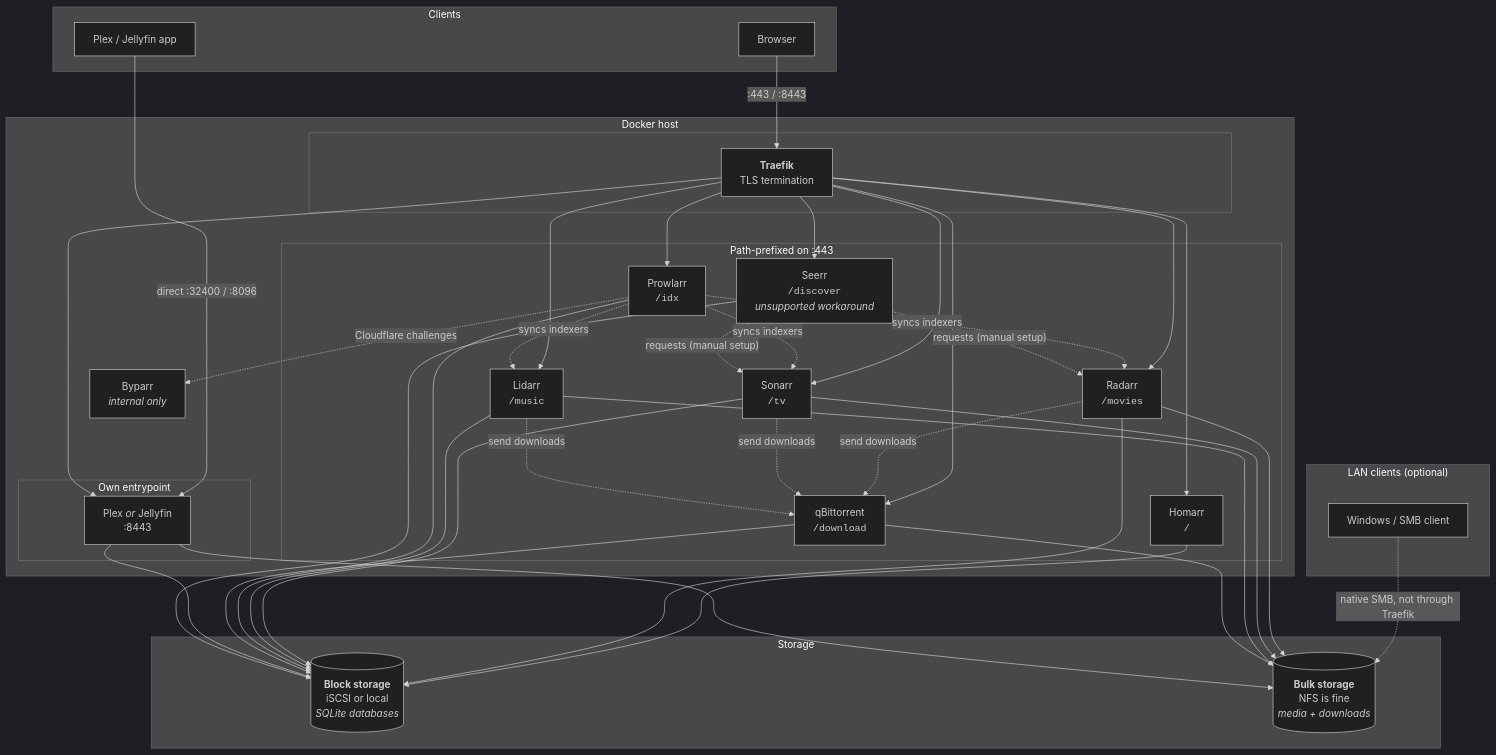
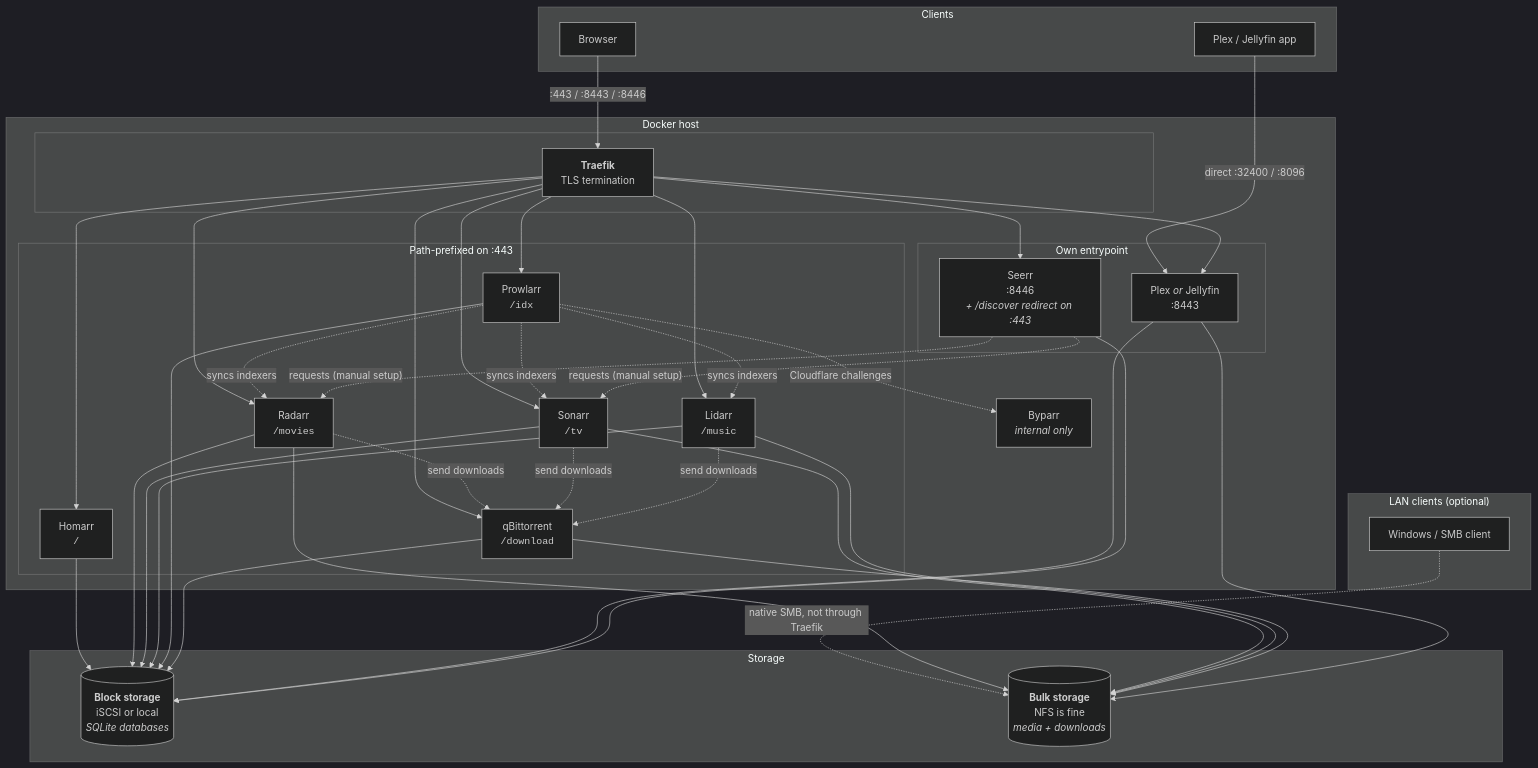
One commit to AndyProsser/media-suite changed the diagram in docs/architecture.md. Above: the diagram before and after it, drawn with Mermaid (dark theme). The commit also changed other lines of this file and 5 other files, not shown here.

Commit message:
Update Seerr configuration and routing to use dedicated entrypoint at :8446 with redirect from :443/discover

````diff
--- a/docs/architecture.md
+++ b/docs/architecture.md
@@ -7,53 +7,53 @@
 ```mermaid
 flowchart TB
     subgraph clients["Clients"]
         browser["Browser"]
         app["Plex / Jellyfin app"]
     end
 
     subgraph host["Docker host"]
         subgraph proxy_layer[" "]
             traefik["<b>Traefik</b><br/>TLS termination"]
         end
 
         subgraph apps["Path-prefixed on :443"]
             homarr["Homarr<br/><code>/</code>"]
             radarr["Radarr<br/><code>/movies</code>"]
             sonarr["Sonarr<br/><code>/tv</code>"]
             lidarr["Lidarr<br/><code>/music</code>"]
             prowlarr["Prowlarr<br/><code>/idx</code>"]
             qbit["qBittorrent<br/><code>/download</code>"]
-            seerr["Seerr<br/><code>/discover</code><br/><i>unsupported workaround</i>"]
         end
 
         subgraph roots["Own entrypoint"]
             media["Plex <i>or</i> Jellyfin<br/>:8443"]
+            seerr["Seerr<br/>:8446<br/><i>+ /discover redirect on :443</i>"]
         end
 
         byparr["Byparr<br/><i>internal only</i>"]
     end
 
     subgraph storage["Storage"]
         block[("<b>Block storage</b><br/>iSCSI or local<br/><i>SQLite databases</i>")]
         bulk[("<b>Bulk storage</b><br/>NFS is fine<br/><i>media + downloads</i>")]
     end
 
     subgraph lan["LAN clients (optional)"]
         smb["Windows / SMB client"]
     end
 
-    browser -->|":443 / :8443"| traefik
+    browser -->|":443 / :8443 / :8446"| traefik
     app -->|"direct :32400 / :8096"| media
     smb -.->|"native SMB, not through Traefik"| bulk
 
-    traefik --> homarr & radarr & sonarr & lidarr & prowlarr & qbit & seerr
-    traefik --> media
+    traefik --> homarr & radarr & sonarr & lidarr & prowlarr & qbit
+    traefik --> media & seerr
 
     prowlarr -.->|"syncs indexers"| radarr & sonarr & lidarr
     prowlarr -.->|"Cloudflare challenges"| byparr
     radarr & sonarr & lidarr -.->|"send downloads"| qbit
     seerr -.->|"requests (manual setup)"| radarr & sonarr
 
     homarr & radarr & sonarr & lidarr & prowlarr & qbit & media & seerr --> block
     radarr & sonarr & lidarr & qbit & media --> bulk
 ```
````
